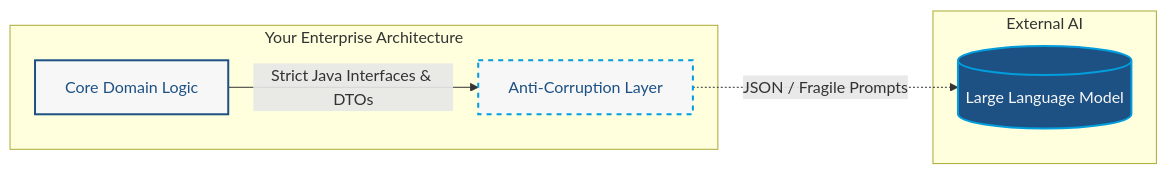
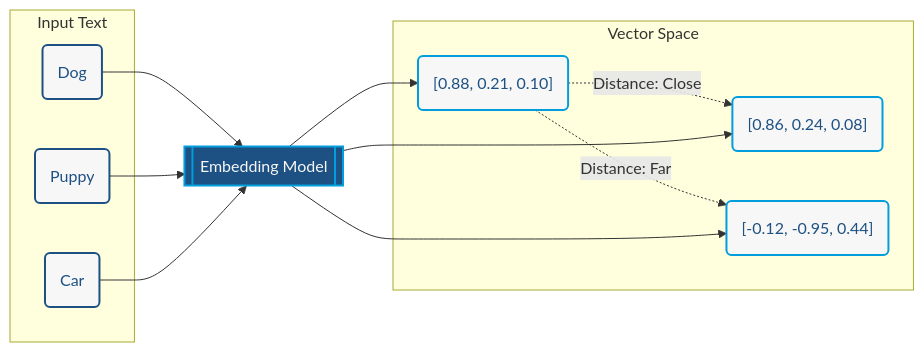
One commit to bpbpublications/Practical-Software-Architecture-Patterns-with-Java changed the diagram in chapter-11/diagrams/diagram-01.md. Above: the diagram before and after it, drawn with Mermaid. The commit also changed 76 other files, not shown here.

````diff
--- a/chapter-11/diagrams/diagram-01.md
+++ b/chapter-11/diagrams/diagram-01.md
@@ -2,14 +1,35 @@
 ```mermaid
 graph LR
-    subgraph Deterministic Environment [Your Enterprise Architecture]
-        Core[Core Domain Logic] -->|Strict Java Interfaces & DTOs| ACL[Anti-Corruption Layer]
+    subgraph Input Text
+        W1(Dog)
+        W2(Puppy)
+        W3(Car)
     end
-    
-    subgraph Probabilistic Environment [External AI]
-        ACL -.->|JSON / Fragile Prompts| LLM[(Large Language Model)]
+
+    Model[[Embedding Model]]
+
+    subgraph Vector Space
+        V1("[0.88, 0.21, 0.10]")
+        V2("[0.86, 0.24, 0.08]")
+        V3("[-0.12, -0.95, 0.44]")
+        
+        V1 -.->|Distance: Close| V2
+        V1 -.->|Distance: Far| V3
     end
-    
-    style Core fill:#F8F7F7,stroke:#1D5183,stroke-width:2px,color:#1D5183
-    style ACL fill:#F8F7F7,stroke:#019DDC,stroke-width:2px,stroke-dasharray: 5 5,color:#1D5183
-    style LLM fill:#1D5183,stroke:#019DDC,stroke-width:2px,color:#F8F7F7
+
+    W1 --> Model
+    W2 --> Model
+    W3 --> Model
+
+    Model --> V1
+    Model --> V2
+    Model --> V3
+
+    style W1 fill:#F8F7F7,stroke:#1D5183,stroke-width:2px,color:#1D5183
+    style W2 fill:#F8F7F7,stroke:#1D5183,stroke-width:2px,color:#1D5183
+    style W3 fill:#F8F7F7,stroke:#1D5183,stroke-width:2px,color:#1D5183
+    style Model fill:#1D5183,stroke:#019DDC,stroke-width:2px,color:#F8F7F7
+    style V1 fill:#F8F7F7,stroke:#019DDC,stroke-width:2px,color:#1D5183
+    style V2 fill:#F8F7F7,stroke:#019DDC,stroke-width:2px,color:#1D5183
+    style V3 fill:#F8F7F7,stroke:#019DDC,stroke-width:2px,color:#1D5183
 ```
````
